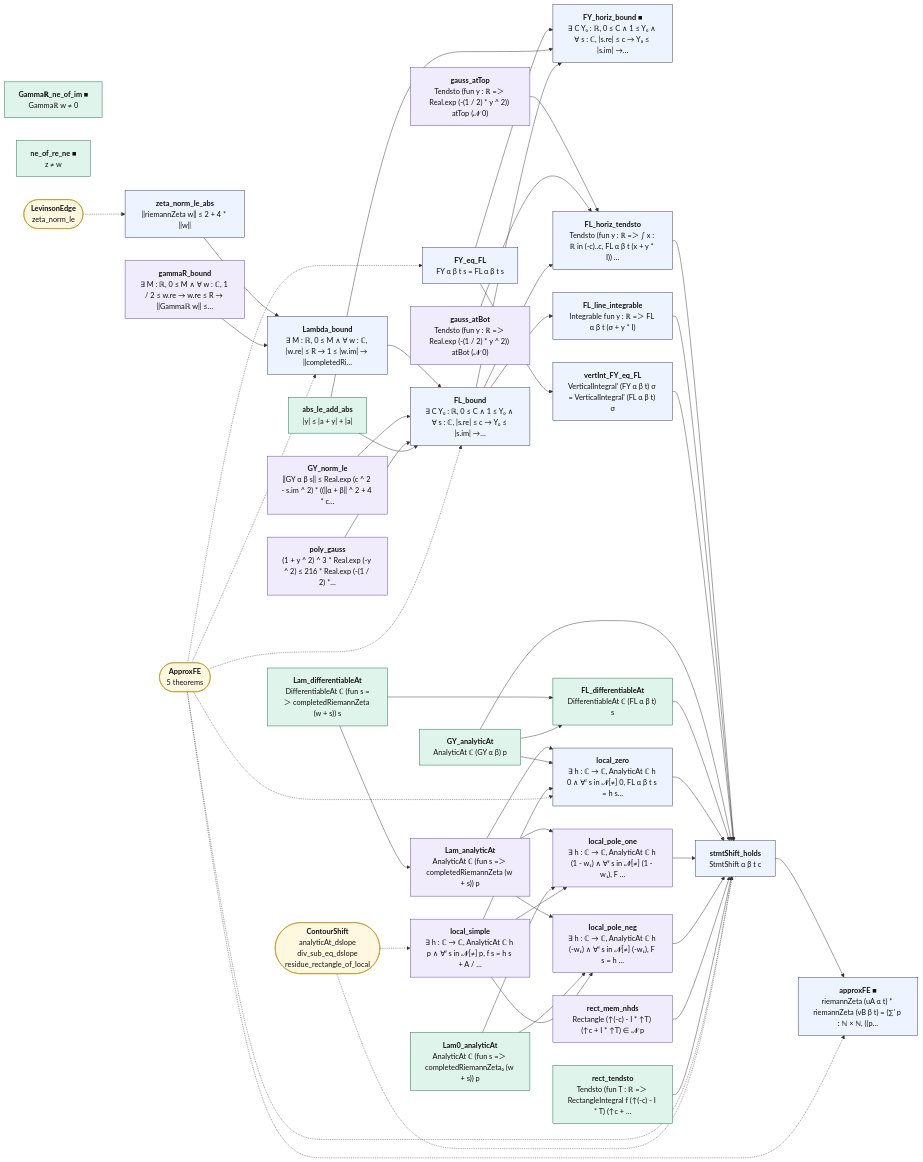
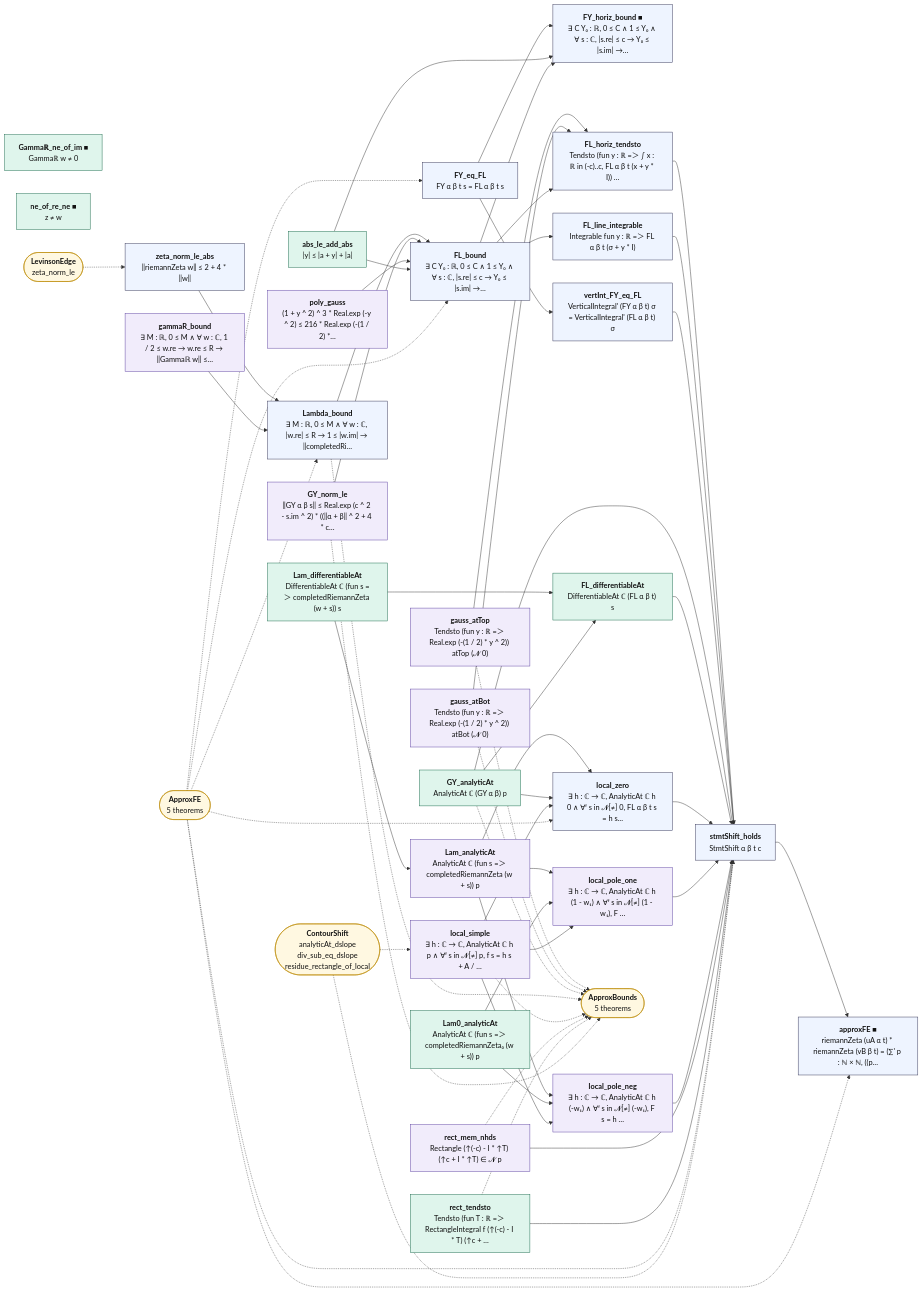
Before and after one commit to juliansambranojr/Primebeat_081426: the diagram in map/lean_stage3/ApproxShift.mmd, drawn with Mermaid. The commit also changed 26 other files, not shown here.

```diff
--- a/map/lean_stage3/ApproxShift.mmd
+++ b/map/lean_stage3/ApproxShift.mmd
@@ -1,87 +1,96 @@
 flowchart LR
   n0["<b>zeta_norm_le_abs</b><br/>‖riemannZeta w‖ ≤ 2 + 4 * ‖w‖"]:::thm
   n1["<b>gammaR_bound</b><br/>∃ M : ℝ, 0 ≤ M ∧ ∀ w : ℂ, 1 / 2 ≤ w.re → w.re ≤ R → ‖Gammaℝ w‖ ≤…"]:::shp
   n2["<b>Lambda_bound</b><br/>∃ M : ℝ, 0 ≤ M ∧ ∀ w : ℂ, |w.re| ≤ R → 1 ≤ |w.im| → ‖completedRi…"]:::thm
   n3["<b>GY_norm_le</b><br/>‖GY α β s‖ ≤ Real.exp (c ^ 2 - s.im ^ 2) * ((‖α + β‖ ^ 2 + 4 * c…"]:::shp
   n4["<b>poly_gauss</b><br/>(1 + y ^ 2) ^ 3 * Real.exp (-y ^ 2) ≤ 216 * Real.exp (-(1 / 2) *…"]:::shp
   n5["<b>FY_eq_FL</b><br/>FY α β t s = FL α β t s"]:::thm
   n6["<b>Gammaℝ_ne_of_im ■</b><br/>Gammaℝ w ≠ 0"]:::cnt
   n7["<b>abs_le_add_abs</b><br/>|y| ≤ |a + y| + |a|"]:::cnt
   n8["<b>FL_bound</b><br/>∃ C Y₀ : ℝ, 0 ≤ C ∧ 1 ≤ Y₀ ∧ ∀ s : ℂ, |s.re| ≤ c → Y₀ ≤ |s.im| →…"]:::thm
   n9["<b>FY_horiz_bound ■</b><br/>∃ C Y₀ : ℝ, 0 ≤ C ∧ 1 ≤ Y₀ ∧ ∀ s : ℂ, |s.re| ≤ c → Y₀ ≤ |s.im| →…"]:::thm
   n10["<b>gauss_atTop</b><br/>Tendsto (fun y : ℝ =＞ Real.exp (-(1 / 2) * y ^ 2)) atTop (𝓝 0)"]:::shp
   n11["<b>gauss_atBot</b><br/>Tendsto (fun y : ℝ =＞ Real.exp (-(1 / 2) * y ^ 2)) atBot (𝓝 0)"]:::shp
   n12["<b>FL_horiz_tendsto</b><br/>Tendsto (fun y : ℝ =＞ ∫ x : ℝ in (-c)..c, FL α β t (x + y * I)) …"]:::thm
   n13["<b>FL_line_integrable</b><br/>Integrable fun y : ℝ =＞ FL α β t (σ + y * I)"]:::thm
   n14["<b>vertInt_FY_eq_FL</b><br/>VerticalIntegral' (FY α β t) σ = VerticalIntegral' (FL α β t) σ"]:::thm
   n15["<b>Lam_differentiableAt</b><br/>DifferentiableAt ℂ (fun s =＞ completedRiemannZeta (w + s)) s"]:::cnt
   n16["<b>Lam_analyticAt</b><br/>AnalyticAt ℂ (fun s =＞ completedRiemannZeta (w + s)) p"]:::shp
   n17["<b>Lam0_analyticAt</b><br/>AnalyticAt ℂ (fun s =＞ completedRiemannZeta₀ (w + s)) p"]:::cnt
   n18["<b>GY_analyticAt</b><br/>AnalyticAt ℂ (GY α β) p"]:::cnt
   n19["<b>FL_differentiableAt</b><br/>DifferentiableAt ℂ (FL α β t) s"]:::cnt
   n20["<b>local_simple</b><br/>∃ h : ℂ → ℂ, AnalyticAt ℂ h p ∧ ∀ᶠ s in 𝓝[≠] p, f s = h s + A / …"]:::shp
   n21["<b>local_zero</b><br/>∃ h : ℂ → ℂ, AnalyticAt ℂ h 0 ∧ ∀ᶠ s in 𝓝[≠] 0, FL α β t s = h s…"]:::thm
   n22["<b>local_pole_one</b><br/>∃ h : ℂ → ℂ, AnalyticAt ℂ h (1 - w₁) ∧ ∀ᶠ s in 𝓝[≠] (1 - w₁), F …"]:::shp
   n23["<b>local_pole_neg</b><br/>∃ h : ℂ → ℂ, AnalyticAt ℂ h (-w₁) ∧ ∀ᶠ s in 𝓝[≠] (-w₁), F s = h …"]:::shp
   n24["<b>ne_of_re_ne ■</b><br/>z ≠ w"]:::cnt
   n25["<b>rect_mem_nhds</b><br/>Rectangle (↑(-c) - I * ↑T) (↑c + I * ↑T) ∈ 𝓝 p"]:::shp
   n26["<b>rect_tendsto</b><br/>Tendsto (fun T : ℝ =＞ RectangleIntegral f (↑(-c) - I * T) (↑c + …"]:::cnt
   n27["<b>stmtShift_holds</b><br/>StmtShift α β t c"]:::thm
   n28["<b>approxFE ■</b><br/>riemannZeta (uA α t) * riemannZeta (vB β t) = (∑' p : ℕ × ℕ, ((p…"]:::thm
   x0(["<b>LevinsonEdge</b><br/>zeta_norm_le"]):::ext
   x1(["<b>ApproxFE</b><br/>5 theorems"]):::ext
-  x2(["<b>ContourShift</b><br/>analyticAt_dslope<br/>div_sub_eq_dslope<br/>residue_rectangle_of_local"]):::ext
+  x2(["<b>ApproxBounds</b><br/>5 theorems"]):::ext
+  x3(["<b>ContourShift</b><br/>analyticAt_dslope<br/>div_sub_eq_dslope<br/>residue_rectangle_of_local"]):::ext
   n0 --> n2
   n1 --> n2
   n10 --> n12
   n11 --> n12
   n12 --> n27
   n13 --> n27
   n14 --> n27
   n15 --> n16
   n15 --> n19
   n16 --> n21
   n16 --> n22
   n16 --> n23
   n17 --> n22
   n17 --> n23
   n18 --> n19
   n18 --> n21
   n18 --> n27
   n19 --> n27
   n2 --> n8
   n20 --> n21
   n20 --> n22
   n20 --> n23
   n21 --> n27
   n22 --> n27
   n23 --> n27
   n25 --> n27
   n26 --> n27
   n27 --> n28
   n3 --> n8
   n4 --> n8
   n5 --> n14
   n5 --> n9
   n7 --> n8
   n7 --> n9
   n8 --> n12
   n8 --> n13
   n8 --> n9
+  n10 -.-> x2
+  n11 -.-> x2
+  n18 -.-> x2
+  n2 -.-> x2
+  n20 -.-> x2
+  n25 -.-> x2
+  n26 -.-> x2
+  n3 -.-> x2
   x0 -.-> n0
   x1 -.-> n2
   x1 -.-> n21
   x1 -.-> n27
   x1 -.-> n28
   x1 -.-> n5
   x1 -.-> n8
-  x2 -.-> n20
-  x2 -.-> n27
+  x3 -.-> n20
+  x3 -.-> n27
   classDef cnt fill:#dff5ec,stroke:#17694a,color:#111
   classDef shp fill:#f1ecfb,stroke:#5b3fa0,color:#111
   classDef rh fill:#ffe5e5,stroke:#c22,color:#111,stroke-width:2px
   classDef thm fill:#eef4ff,stroke:#335,color:#111
   classDef end_ fill:#e7f7e7,stroke:#2a7,color:#111,stroke-width:2px
   classDef lone fill:#fff,stroke:#999,color:#111,stroke-dasharray:4 3
   classDef bad fill:#ffe5e5,stroke:#c22,color:#111,stroke-width:2px
   classDef ext fill:#fff8e1,stroke:#b80,color:#111
```
